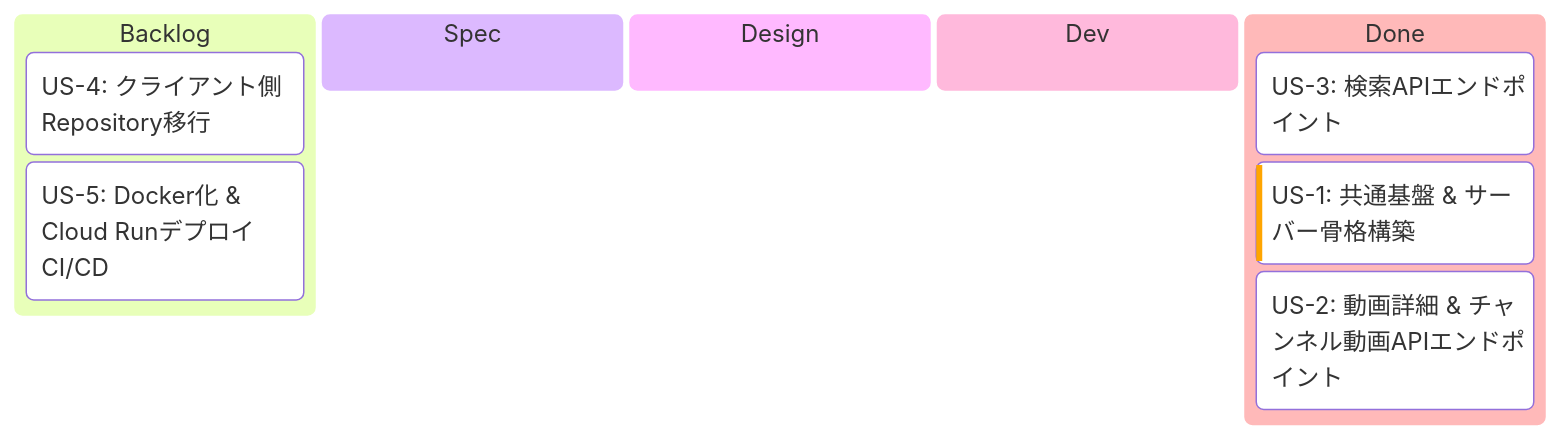
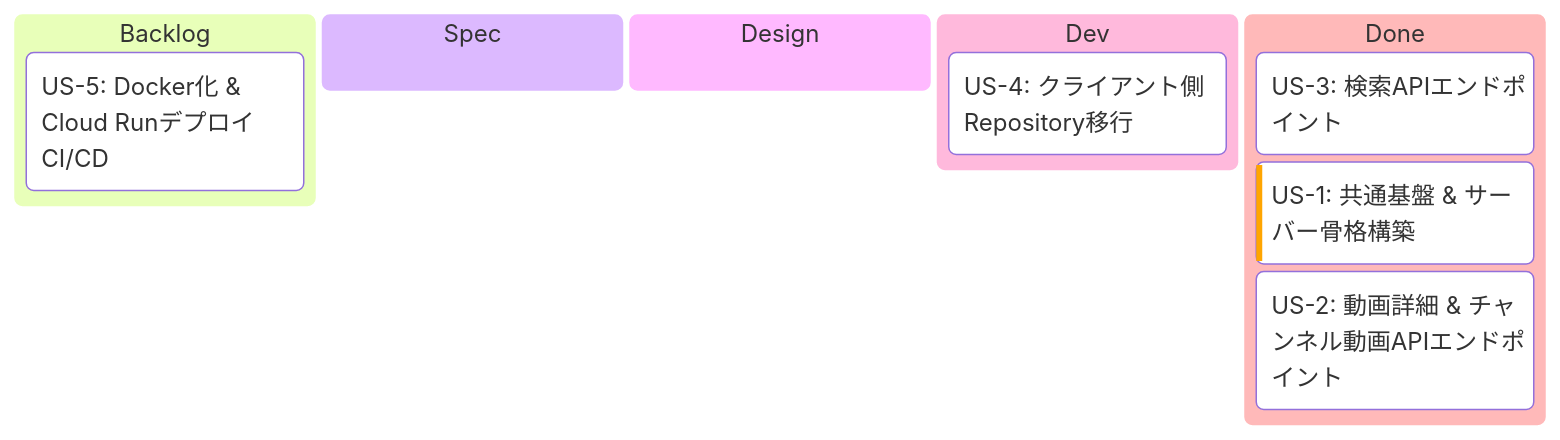
The first of 2 diagrams in implement-context/api-proxy-server/EPIC.md (saki0000/collab-stream), drawn with Mermaid before and after one commit. The commit also changed other lines of this file and 23 other files, not shown here.

````diff
--- a/implement-context/api-proxy-server/EPIC.md
+++ b/implement-context/api-proxy-server/EPIC.md
@@ -26,18 +26,18 @@
 ```mermaid
 ---
 config:
   kanban:
     ticketBaseUrl: ''
 ---
 kanban
   backlog[Backlog]
-    us4[US-4: クライアント側Repository移行]
     us5[US-5: Docker化 & Cloud Runデプロイ CI/CD]
   spec[Spec]
   design[Design]
   dev[Dev]
+    us4[US-4: クライアント側Repository移行]
   done[Done]
     us3[US-3: 検索APIエンドポイント]
     us1[US-1: 共通基盤 & サーバー骨格構築]@{ priority: 'High' }
     us2[US-2: 動画詳細 & チャンネル動画APIエンドポイント]
 ```
````
